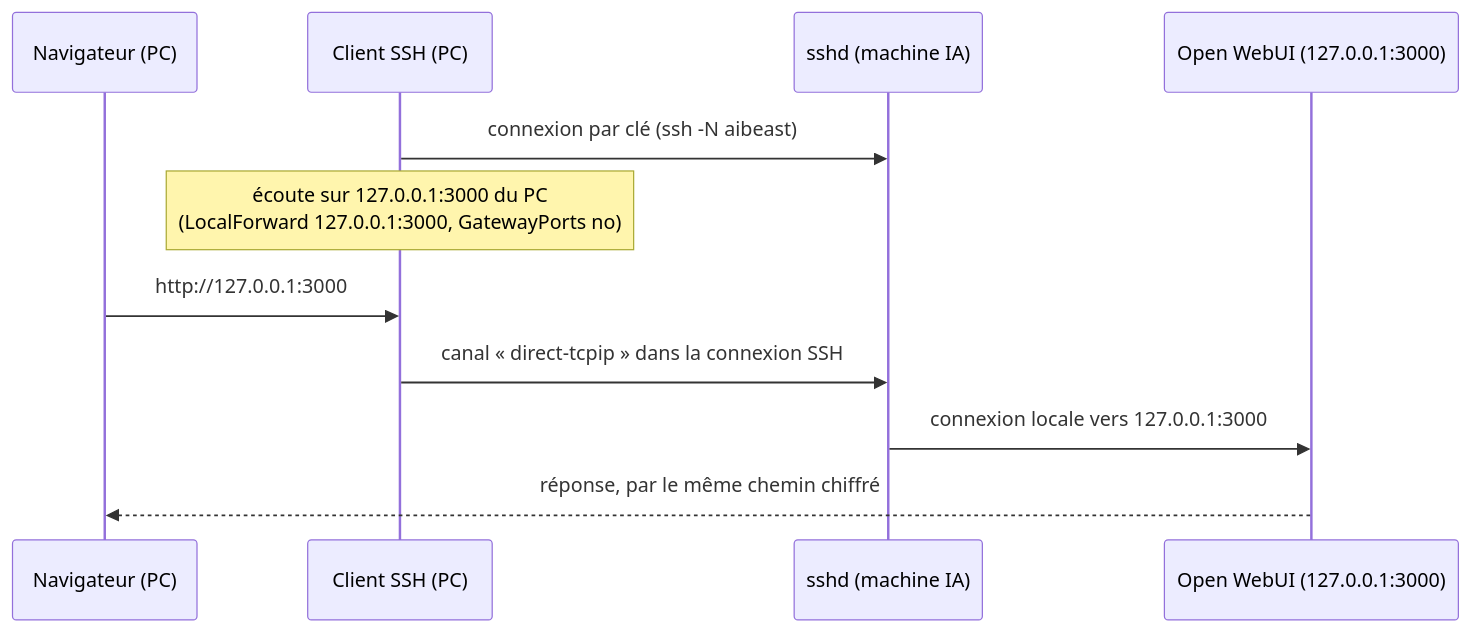
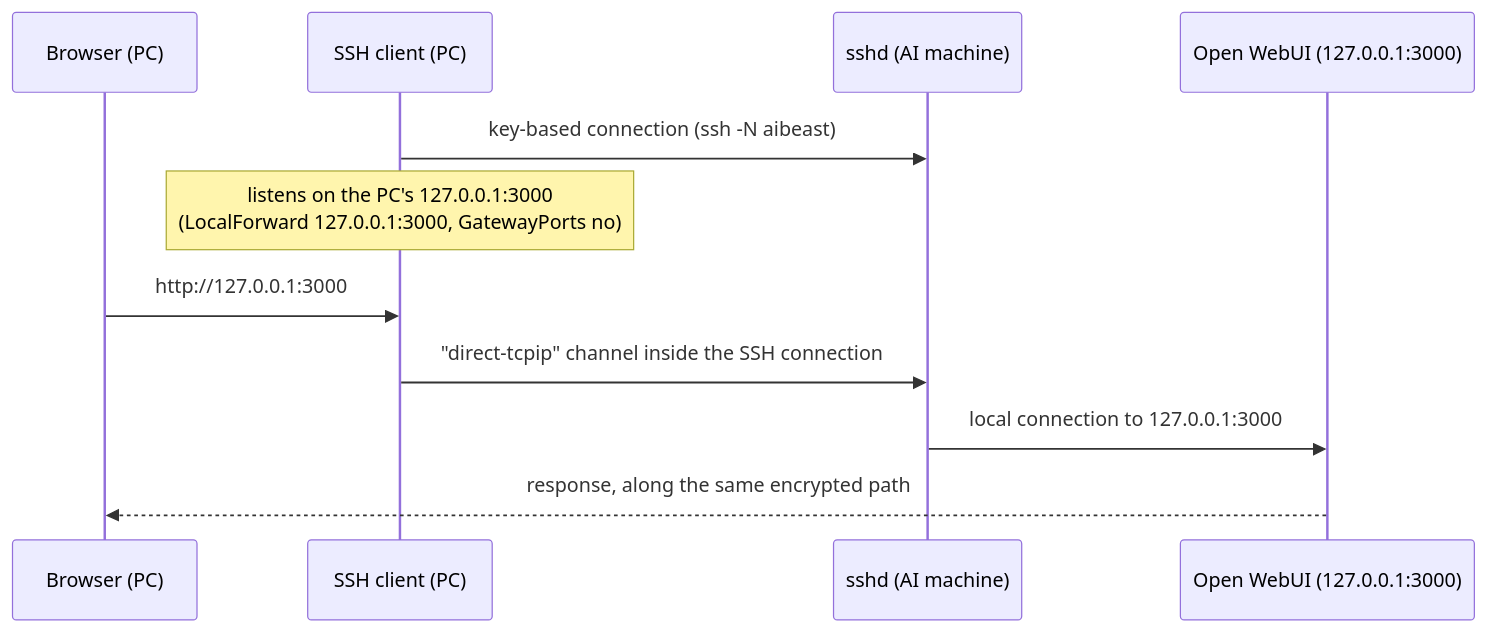
One commit to Mateo-lab/local-ai-lab changed the third of 5 diagrams in docs/security-architecture.md. Above: the diagram before and after it, drawn with Mermaid. The commit also changed other lines of this file and 1 other file, not shown here.

First line of the commit message:
docs: translate security-architecture, remote-access

````diff
--- a/docs/security-architecture.md
+++ b/docs/security-architecture.md
@@ -152,13 +151,13 @@
 ```mermaid
 sequenceDiagram
-    participant N as Navigateur (PC)
-    participant C as Client SSH (PC)
-    participant S as sshd (machine IA)
+    participant N as Browser (PC)
+    participant C as SSH client (PC)
+    participant S as sshd (AI machine)
     participant W as Open WebUI (127.0.0.1:3000)
-    C->>S: connexion par clé (ssh -N aibeast)
-    Note over C: écoute sur 127.0.0.1:3000 du PC<br/>(LocalForward 127.0.0.1:3000, GatewayPorts no)
+    C->>S: key-based connection (ssh -N aibeast)
+    Note over C: listens on the PC's 127.0.0.1:3000<br/>(LocalForward 127.0.0.1:3000, GatewayPorts no)
     N->>C: http://127.0.0.1:3000
-    C->>S: canal « direct-tcpip » dans la connexion SSH
-    S->>W: connexion locale vers 127.0.0.1:3000
-    W-->>N: réponse, par le même chemin chiffré
+    C->>S: "direct-tcpip" channel inside the SSH connection
+    S->>W: local connection to 127.0.0.1:3000
+    W-->>N: response, along the same encrypted path
 ```
````
